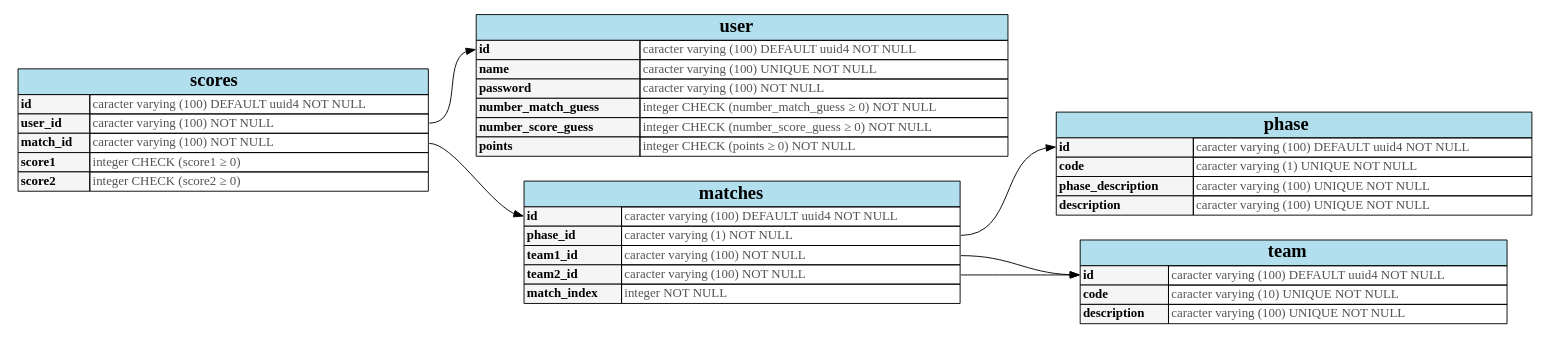
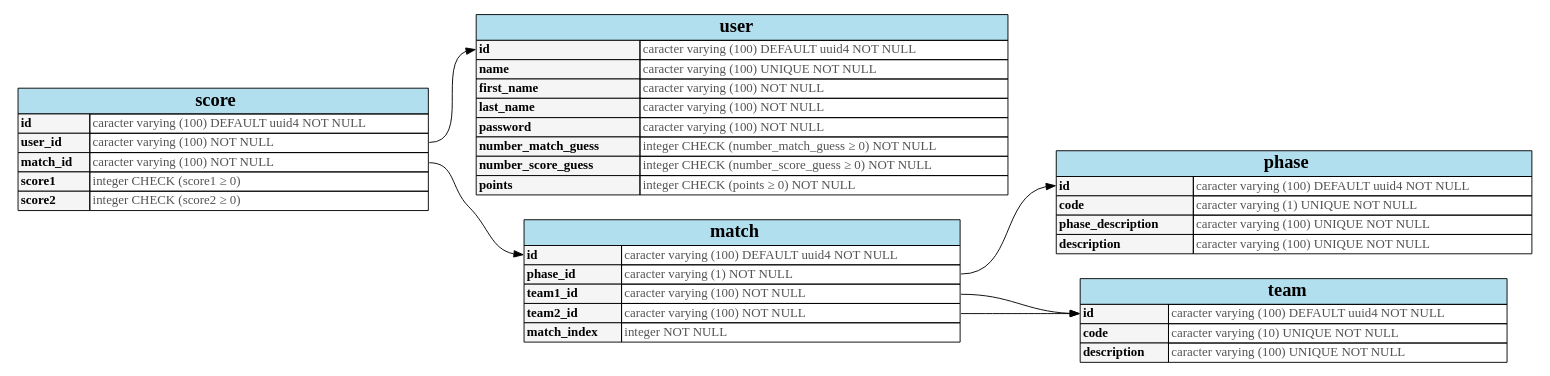
One commit to yak-toto/yak-server changed the diagram in doc/sql_graph.dot. Above: the diagram before and after it, drawn with Graphviz.

Commit message:
Update sql dot

```diff
--- a/doc/sql_graph.dot
+++ b/doc/sql_graph.dot
@@ -1,75 +1,77 @@
 digraph G {
     graph[rankdir="LR"];
 
     user[
     shape=none
     label=<
       <table border="0" cellspacing="0" cellborder="1">
         <tr><td bgcolor="lightblue2" colspan="2"><font face="Times-bold" point-size="20">user</font></td></tr>
         <tr><td bgcolor="grey96" align="left" port="id_left"><font face="Times-bold">id</font></td><td align="left"><font color="#535353">caracter varying (100) DEFAULT uuid4 NOT NULL</font></td></tr>
         <tr><td bgcolor="grey96" align="left"><font face="Times-bold">name</font></td><td align="left"><font color="#535353">caracter varying (100) UNIQUE NOT NULL</font></td></tr>
+        <tr><td bgcolor="grey96" align="left"><font face="Times-bold">first_name</font></td><td align="left"><font color="#535353">caracter varying (100) NOT NULL</font></td></tr>
+        <tr><td bgcolor="grey96" align="left"><font face="Times-bold">last_name</font></td><td align="left"><font color="#535353">caracter varying (100) NOT NULL</font></td></tr>
         <tr><td bgcolor="grey96" align="left"><font face="Times-bold">password</font></td><td align="left"><font color="#535353">caracter varying (100) NOT NULL</font></td></tr>
         <tr><td bgcolor="grey96" align="left"><font face="Times-bold">number_match_guess</font></td><td align="left"><font color="#535353">integer CHECK (number_match_guess &ge; 0) NOT NULL</font></td></tr>
         <tr><td bgcolor="grey96" align="left"><font face="Times-bold">number_score_guess</font></td><td align="left"><font color="#535353">integer CHECK (number_score_guess &ge; 0) NOT NULL</font></td></tr>
         <tr><td bgcolor="grey96" align="left"><font face="Times-bold">points</font></td><td align="left"><font color="#535353">integer CHECK (points &ge; 0) NOT NULL</font></td></tr>
       </table>
     >];
 
-    matches[
+    match[
     shape=none
     label=<
       <table border="0" cellspacing="0" cellborder="1">
-        <tr><td bgcolor="lightblue2" colspan="2"><font face="Times-bold" point-size="20">matches</font></td></tr>
+        <tr><td bgcolor="lightblue2" colspan="2"><font face="Times-bold" point-size="20">match</font></td></tr>
         <tr><td bgcolor="grey96" align="left" port="id"><font face="Times-bold">id</font></td><td align="left" port="id_right"><font color="#535353">caracter varying (100) DEFAULT uuid4 NOT NULL</font></td></tr>
         <tr><td bgcolor="grey96" align="left" port="phase_id"><font face="Times-bold">phase_id</font></td><td align="left" port="phase_id_right"><font color="#535353">caracter varying (1) NOT NULL</font></td></tr>
         <tr><td bgcolor="grey96" align="left" port="team1_id"><font face="Times-bold">team1_id</font></td><td align="left" port="team1_id_right"><font color="#535353">caracter varying (100) NOT NULL</font></td></tr>
         <tr><td bgcolor="grey96" align="left" port="team2_id"><font face="Times-bold">team2_id</font></td><td align="left" port="team2_id_right"><font color="#535353">caracter varying (100) NOT NULL</font></td></tr>
         <tr><td bgcolor="grey96" align="left" port="match_index"><font face="Times-bold">match_index</font></td><td align="left" port="match_index_right"><font color="#535353">integer NOT NULL</font></td></tr>
       </table>
     >];
 
-    scores[
+    score[
     shape=none
     label=<
       <table border="0" cellspacing="0" cellborder="1">
-        <tr><td bgcolor="lightblue2" colspan="2"><font face="Times-bold" point-size="20">scores</font></td></tr>
+        <tr><td bgcolor="lightblue2" colspan="2"><font face="Times-bold" point-size="20">score</font></td></tr>
         <tr><td bgcolor="grey96" align="left" port="id"><font face="Times-bold">id</font></td><td align="left" port="id_right"><font color="#535353">caracter varying (100) DEFAULT uuid4 NOT NULL</font></td></tr>
         <tr><td bgcolor="grey96" align="left" port="user_id"><font face="Times-bold">user_id</font></td><td align="left" port="user_id_right"><font color="#535353">caracter varying (100) NOT NULL</font></td></tr>
         <tr><td bgcolor="grey96" align="left" port="match_id"><font face="Times-bold">match_id</font></td><td align="left" port="match_id_right"><font color="#535353">caracter varying (100) NOT NULL</font></td></tr>
         <tr><td bgcolor="grey96" align="left" port="score1"><font face="Times-bold">score1</font></td><td align="left" port="score1_right"><font color="#535353">integer CHECK (score1 &ge; 0)</font></td></tr>
         <tr><td bgcolor="grey96" align="left" port="score2"><font face="Times-bold">score2</font></td><td align="left" port="score2_right"><font color="#535353">integer CHECK (score2 &ge; 0)</font></td></tr>
       </table>
     >];
 
     team[
       shape=none
       label=<
         <table border="0" cellspacing="0" cellborder="1">
           <tr><td bgcolor="lightblue2" colspan="2"><font face="Times-bold" point-size="20">team</font></td></tr>
           <tr><td bgcolor="grey96" align="left" port="id"><font face="Times-bold">id</font></td><td align="left" port="id_right"><font color="#535353">caracter varying (100) DEFAULT uuid4 NOT NULL</font></td></tr>
           <tr><td bgcolor="grey96" align="left" port="code_id"><font face="Times-bold">code</font></td><td align="left" port="user_id_right"><font color="#535353">caracter varying (10) UNIQUE NOT NULL</font></td></tr>
           <tr><td bgcolor="grey96" align="left" port="description_id"><font face="Times-bold">description</font></td><td align="left" port="user_id_right"><font color="#535353">caracter varying (100) UNIQUE NOT NULL</font></td></tr>
         </table>
       >
     ];
 
     phase[
       shape=none
       label=<
         <table border="0" cellspacing="0" cellborder="1">
           <tr><td bgcolor="lightblue2" colspan="2"><font face="Times-bold" point-size="20">phase</font></td></tr>
           <tr><td bgcolor="grey96" align="left" port="id"><font face="Times-bold">id</font></td><td align="left" port="id_right"><font color="#535353">caracter varying (100) DEFAULT uuid4 NOT NULL</font></td></tr>
           <tr><td bgcolor="grey96" align="left" port="group_id"><font face="Times-bold">code</font></td><td align="left" port="group_id_right"><font color="#535353">caracter varying (1) UNIQUE NOT NULL</font></td></tr>
           <tr><td bgcolor="grey96" align="left" port="group_id"><font face="Times-bold">phase_description</font></td><td align="left" port="group_id_right"><font color="#535353">caracter varying (100) UNIQUE NOT NULL</font></td></tr>
           <tr><td bgcolor="grey96" align="left" port="group_id"><font face="Times-bold">description</font></td><td align="left" port="group_id_right"><font color="#535353">caracter varying (100) UNIQUE NOT NULL</font></td></tr>
         </table>
       >
     ];
 
-    "scores":user_id_right -> "user":id_left
-    "scores":match_id_right -> "matches":id
-    "matches":team1_id_right -> "team":id
-    "matches":team2_id_right -> "team":id
+    "score":user_id_right -> "user":id_left
+    "score":match_id_right -> "match":id
+    "match":team1_id_right -> "team":id
+    "match":team2_id_right -> "team":id
 
-    "matches":phase_id_right -> "phase":id
+    "match":phase_id_right -> "phase":id
 }
```
